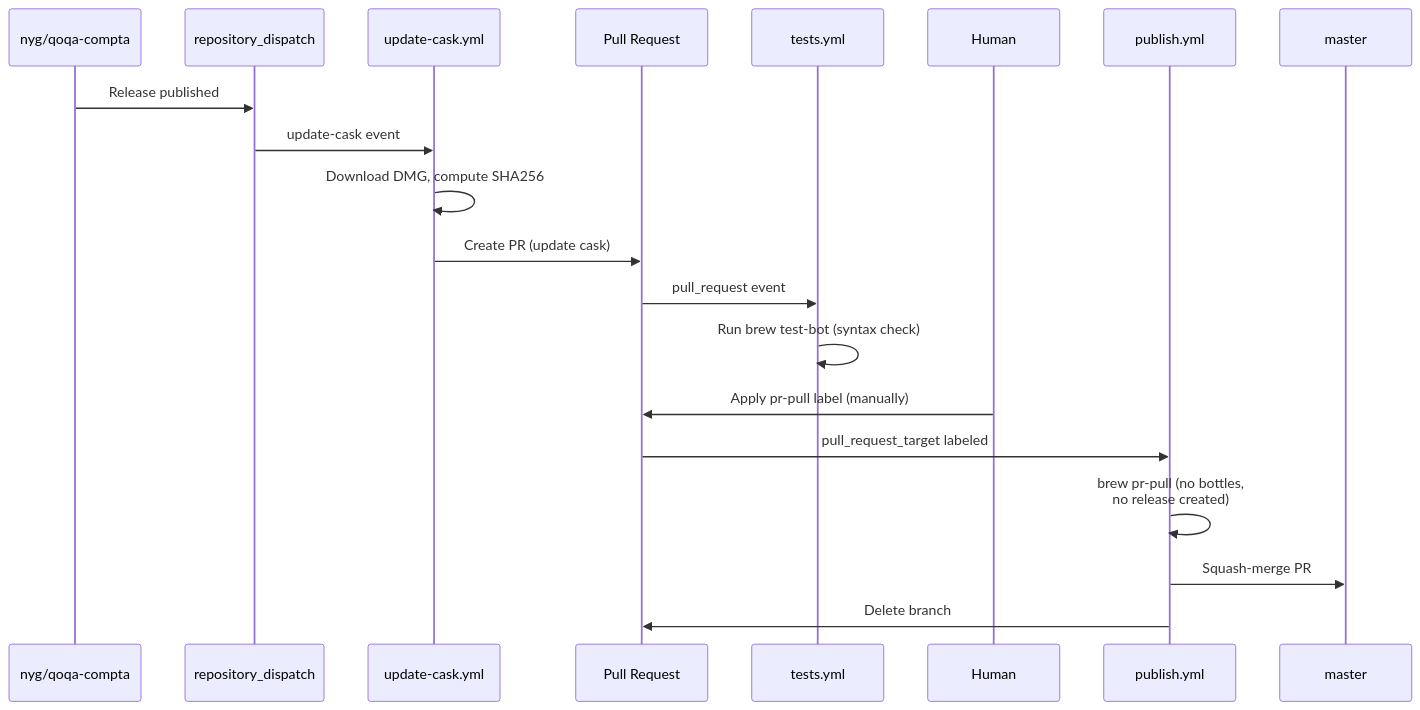
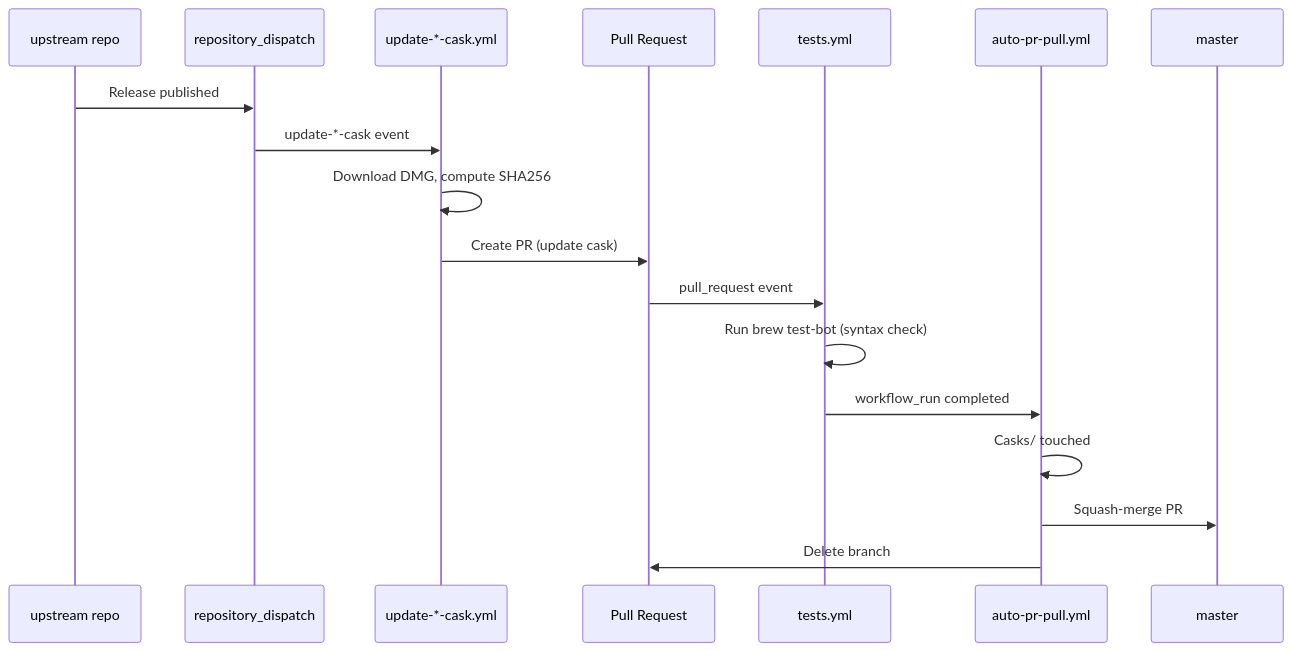
Before and after one commit to nyg/homebrew-tap: the second of 2 diagrams in docs/automated-updates.md, drawn with Mermaid. The commit also changed other lines of this file, not shown here.

````diff
--- a/docs/automated-updates.md
+++ b/docs/automated-updates.md
@@ -57,23 +90,21 @@
 ```mermaid
 sequenceDiagram
-    participant U as nyg/qoqa-compta
+    participant U as upstream repo
     participant D as repository_dispatch
-    participant UC as update-cask.yml
+    participant UC as update-*-cask.yml
     participant PR as Pull Request
     participant TB as tests.yml
-    participant H as Human
-    participant PB as publish.yml
+    participant AL as auto-pr-pull.yml
     participant M as master
 
     U->>D: Release published
-    D->>UC: update-cask event
+    D->>UC: update-*-cask event
     UC->>UC: Download DMG, compute SHA256
     UC->>PR: Create PR (update cask)
     PR->>TB: pull_request event
     TB->>TB: Run brew test-bot (syntax check)
-    H->>PR: Apply pr-pull label (manually)
-    PR->>PB: pull_request_target labeled
-    PB->>PB: brew pr-pull (no bottles,<br/>no release created)
-    PB->>M: Squash-merge PR
-    PB->>PR: Delete branch
+    TB->>AL: workflow_run completed
+    AL->>AL: Casks/ touched
+    AL->>M: Squash-merge PR
+    AL->>PR: Delete branch
 ```
````
